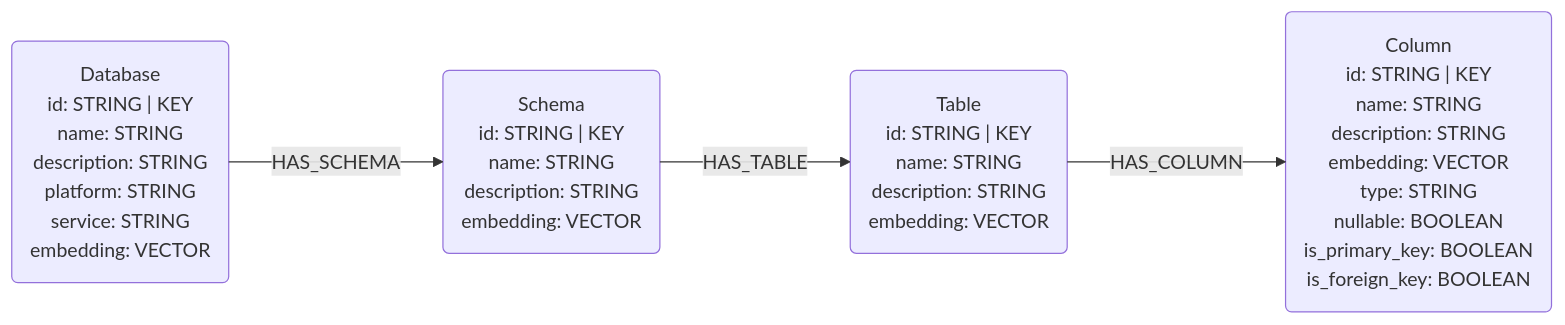
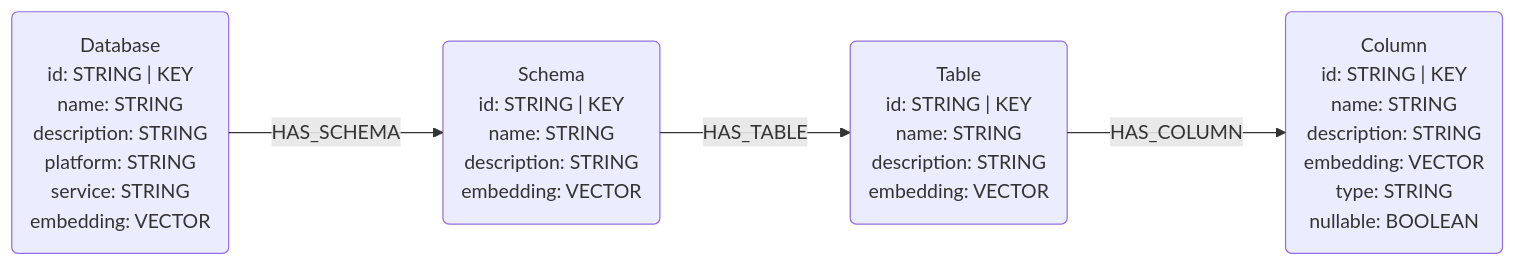
One commit to neo4j-labs/neocarta changed the diagram in neocarta/connectors/unity_catalog/README.md. Above: the diagram before and after it, drawn with Mermaid. The commit also changed other lines of this file and 4 other files, not shown here.

````diff
--- a/neocarta/connectors/unity_catalog/README.md
+++ b/neocarta/connectors/unity_catalog/README.md
@@ -33,17 +32,17 @@
 ```mermaid
 ---
 config:
     layout: elk
 ---
 graph LR
 %% Nodes
 Database("Database<br/>id: STRING | KEY<br/>name: STRING<br/>description: STRING<br/>platform: STRING<br/>service: STRING<br/>embedding: VECTOR")
 Schema("Schema<br/>id: STRING | KEY<br/>name: STRING<br/>description: STRING<br/>embedding: VECTOR")
 Table("Table<br/>id: STRING | KEY<br/>name: STRING<br/>description: STRING<br/>embedding: VECTOR")
-Column("Column<br/>id: STRING | KEY<br/>name: STRING<br/>description: STRING<br/>embedding: VECTOR<br/>type: STRING<br/>nullable: BOOLEAN<br/>is_primary_key: BOOLEAN<br/>is_foreign_key: BOOLEAN")
+Column("Column<br/>id: STRING | KEY<br/>name: STRING<br/>description: STRING<br/>embedding: VECTOR<br/>type: STRING<br/>nullable: BOOLEAN")
 
 %% Relationships
 Database -->|HAS_SCHEMA| Schema
 Schema -->|HAS_TABLE| Table
 Table -->|HAS_COLUMN| Column
 ```
````
